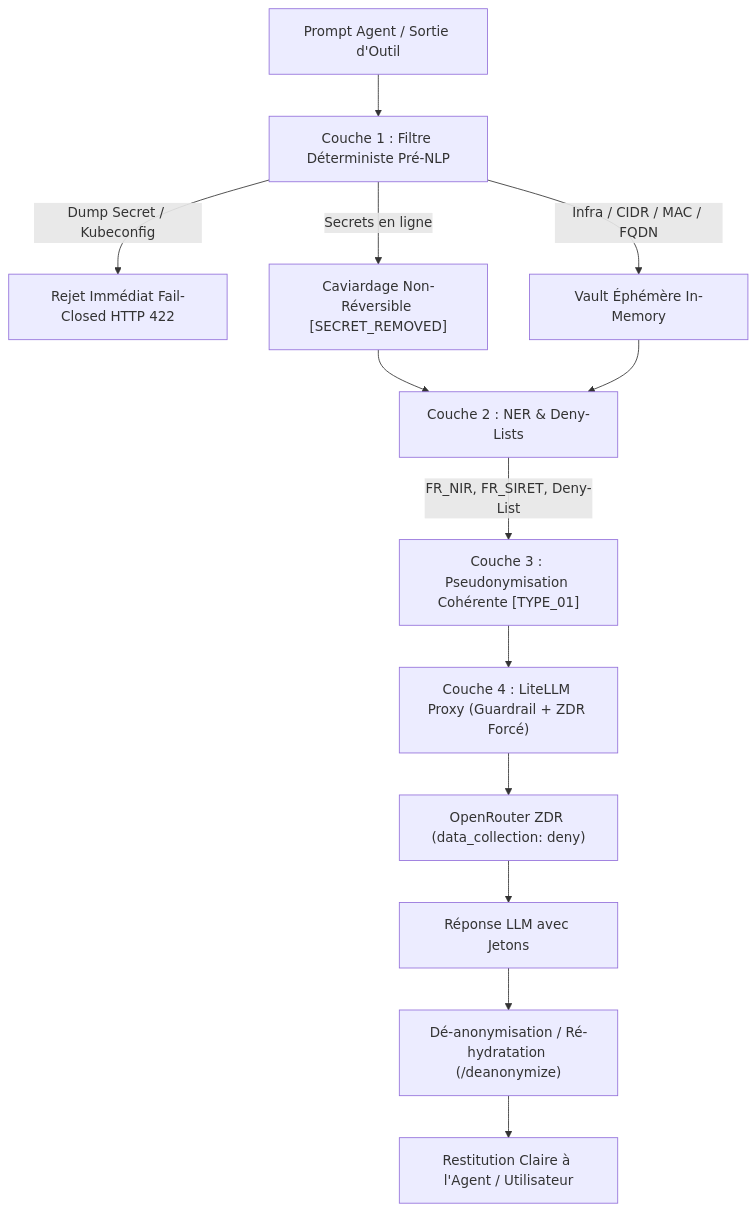
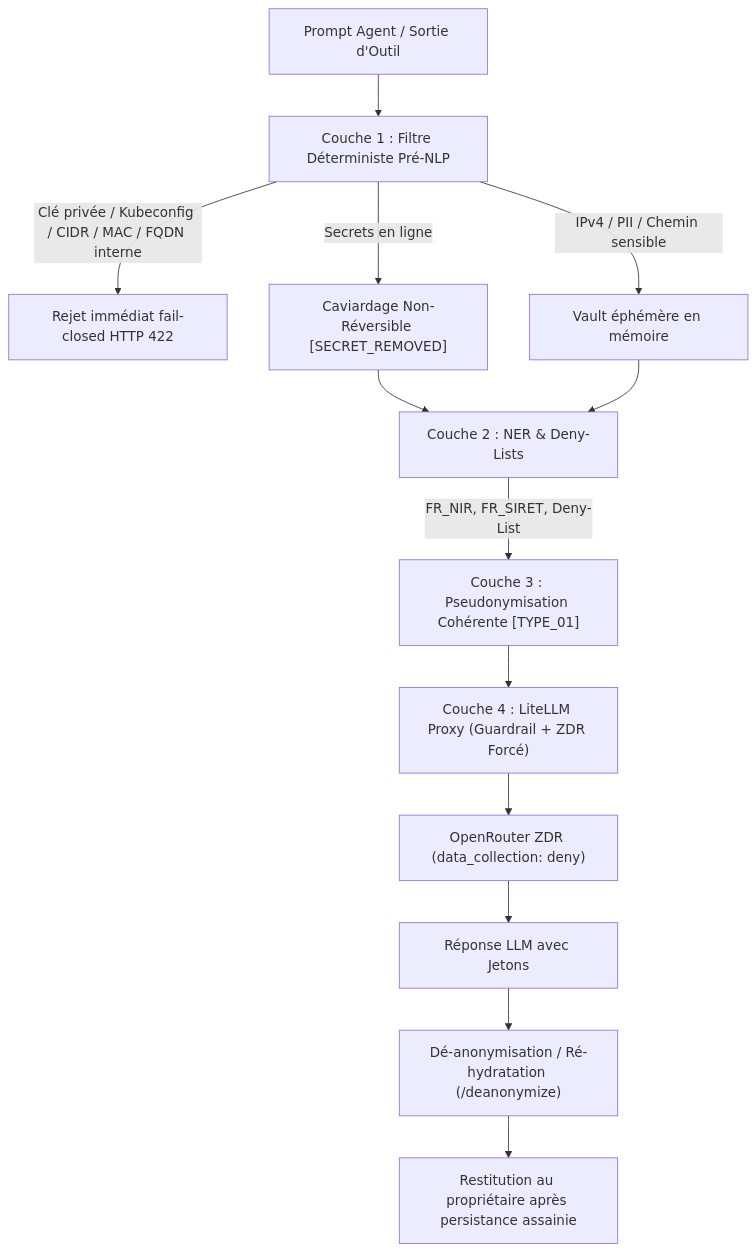
One commit to nicolastheuil/ArcIA changed the diagram in docs/guides/confidentialite-presidio.md. Above: the diagram before and after it, drawn with Mermaid. The commit also changed other lines of this file and 105 other files, not shown here.

````diff
--- a/docs/guides/confidentialite-presidio.md
+++ b/docs/guides/confidentialite-presidio.md
@@ -15,15 +17,15 @@
 ```mermaid
 flowchart TD
     User["Prompt Agent / Sortie d'Outil"] --> C1["Couche 1 : Filtre Déterministe Pré-NLP"]
-    C1 -- "Dump Secret / Kubeconfig" --> Block["Rejet Immédiat Fail-Closed HTTP 422"]
+    C1 -- "Clé privée / Kubeconfig / CIDR / MAC / FQDN interne" --> Block["Rejet immédiat fail-closed HTTP 422"]
     C1 -- "Secrets en ligne" --> Strip["Caviardage Non-Réversible [SECRET_REMOVED]"]
-    C1 -- "Infra / CIDR / MAC / FQDN" --> Vault["Vault Éphémère In-Memory"]
+    C1 -- "IPv4 / PII / Chemin sensible" --> Vault["Vault éphémère en mémoire"]
     Strip --> C2["Couche 2 : NER & Deny-Lists"]
     Vault --> C2
     C2 -- "FR_NIR, FR_SIRET, Deny-List" --> C3["Couche 3 : Pseudonymisation Cohérente [TYPE_01]"]
     C3 --> LiteLLM["Couche 4 : LiteLLM Proxy (Guardrail + ZDR Forcé)"]
     LiteLLM --> Cloud["OpenRouter ZDR (data_collection: deny)"]
     Cloud --> Response["Réponse LLM avec Jetons"]
     Response --> Deanon["Dé-anonymisation / Ré-hydratation (/deanonymize)"]
-    Deanon --> Agent["Restitution Claire à l'Agent / Utilisateur"]
+    Deanon --> Agent["Restitution au propriétaire après persistance assainie"]
 ```
````
